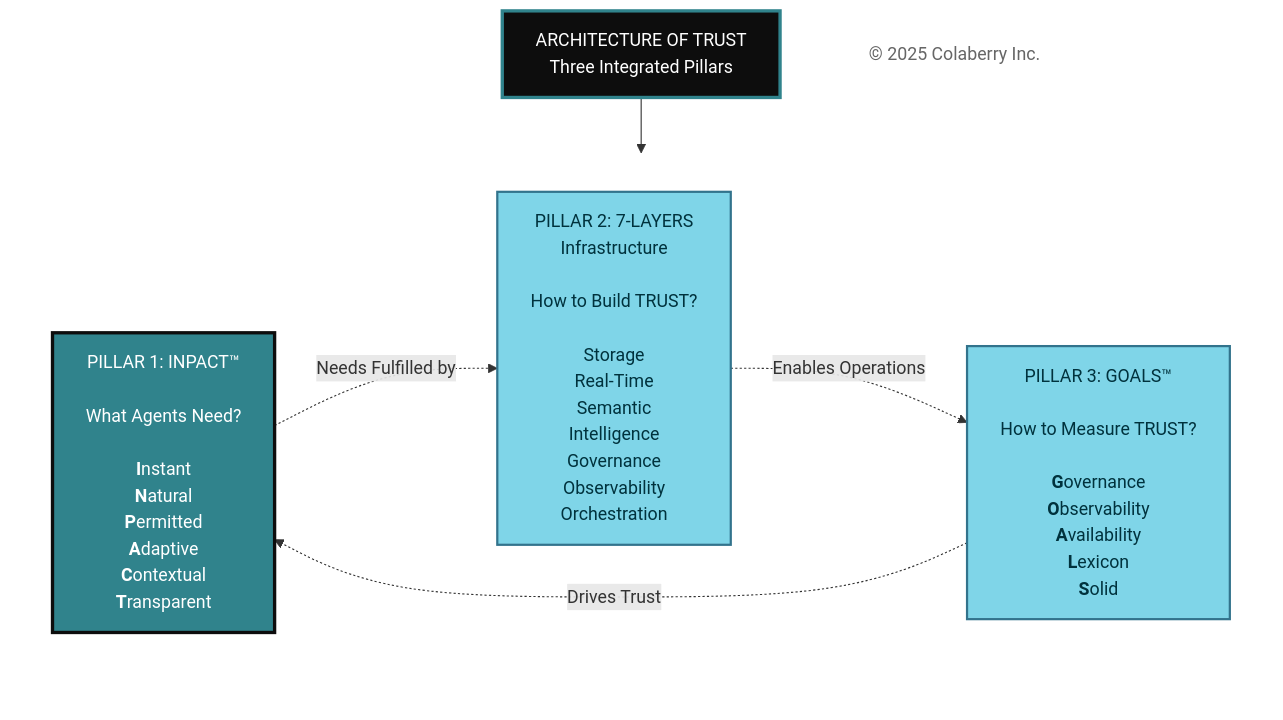
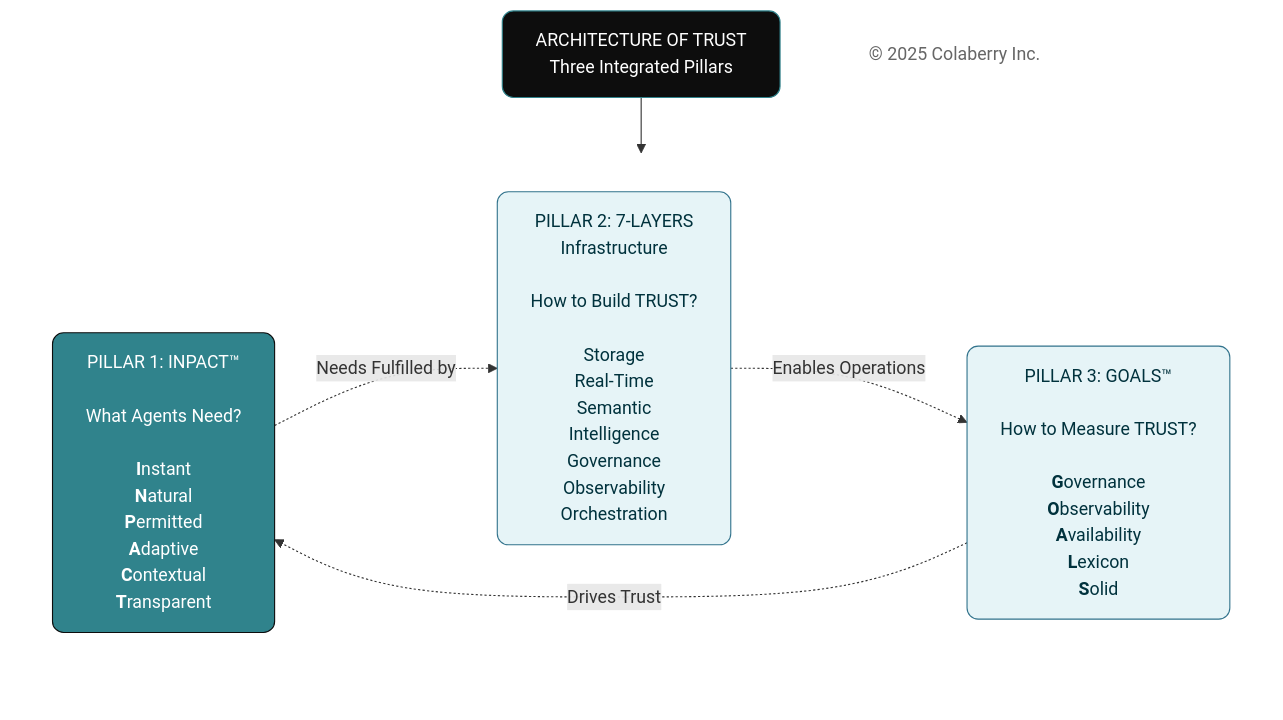
Before and after one commit to colaberry/trust-before-intelligence-book: the second of 12 diagrams in manuscript/03_chapter_2_inpact_framework.md, drawn with Mermaid. The commit also changed other lines of this file and 12 other files, not shown here.

````diff
--- a/manuscript/03_chapter_2_inpact_framework.md
+++ b/manuscript/03_chapter_2_inpact_framework.md
@@ -55,33 +55,33 @@
 ```mermaid
 
 
 graph TB
     Title["ARCHITECTURE OF TRUST<br/>Three Integrated Pillars"]
     
     subgraph PILLARS[" "]
         direction LR
         INPACT["PILLAR 1: INPACT™<br/><br/>What Agents Need?<br/><br/><b>I</b>nstant<br/><b>N</b>atural<br/><b>P</b>ermitted<br/><b>A</b>daptive<br/><b>C</b>ontextual<br/><b>T</b>ransparent"]
         
         Layers["PILLAR 2: 7-LAYERS<br/>Infrastructure<br/><br/>How to Build TRUST?<br/><br/>Storage<br/>Real-Time<br/>Semantic<br/>Intelligence<br/>Governance<br/>Observability<br/>Orchestration"]
         
         GOALS["PILLAR 3: GOALS™<br/><br/>How to Measure TRUST?<br/><br/><b>G</b>overnance<br/><b>O</b>bservability<br/><b>A</b>vailability<br/><b>L</b>exicon<br/><b>S</b>olid"]
     end
     
     Copyright["© 2025 Colaberry Inc."]
     
     Title --> PILLARS
     
     INPACT -.->|"Needs Fulfilled by"| Layers
     Layers -.->|"Enables Operations"| GOALS
     GOALS -.->|"Drives Trust"| INPACT
     
-    style Title fill:#0D0D0D,color:#ffffff,stroke:#30838C,stroke-width:3px
+    style Title fill:#0D0D0D,color:#ffffff,stroke:#30838C,stroke-width:1px,rx:10,ry:10
     style PILLARS fill:none,stroke:none
-    style INPACT fill:#30838C,color:#ffffff,stroke:#0D0D0D,stroke-width:3px
-    style Layers fill:#7FD5E8,stroke:#32738C,stroke-width:2px,color:#00323D
-    style GOALS fill:#7FD5E8,stroke:#32738C,stroke-width:2px,color:#00323D
-    style Copyright fill:#ffffff,stroke:none,color:#666666
+    style INPACT fill:#30838C,color:#ffffff,stroke:#0D0D0D,stroke-width:1px,rx:10,ry:10
+    style Layers fill:#E6F4F7,stroke:#32738C,stroke-width:1px,color:#00323D,rx:10,ry:10
+    style GOALS fill:#E6F4F7,stroke:#32738C,stroke-width:1px,color:#00323D,rx:10,ry:10
+    style Copyright fill:none,stroke:none,color:#666666,rx:10,ry:10
 
 
 
 ```
````
